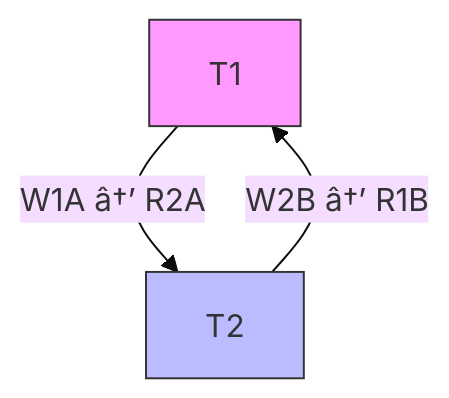
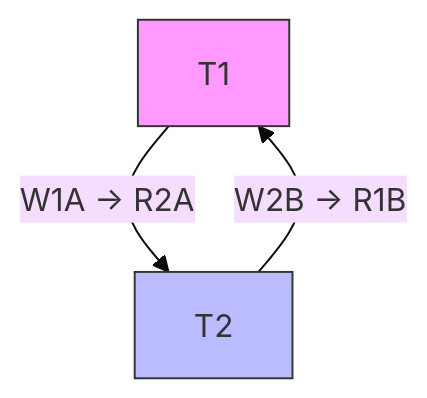
The fifth of 8 diagrams in docs/courses/gate-cs-preparation/23-gate-2025-solved.md (Raushan666java/ai-engineering-journey), drawn with Mermaid (base theme) before and after one commit. The commit also changed other lines of this file and 57 other files, not shown here.

````diff
--- a/docs/courses/gate-cs-preparation/23-gate-2025-solved.md
+++ b/docs/courses/gate-cs-preparation/23-gate-2025-solved.md
@@ -1091,7 +1091,7 @@
 ```mermaid
 graph TD
-    T1 -->|W1A â†’ R2A| T2
-    T2 -->|W2B â†’ R1B| T1
+    T1 -->|W1A → R2A| T2
+    T2 -->|W2B → R1B| T1
     style T1 fill:#f9f,stroke:#333
     style T2 fill:#bbf,stroke:#333
 ```
````
